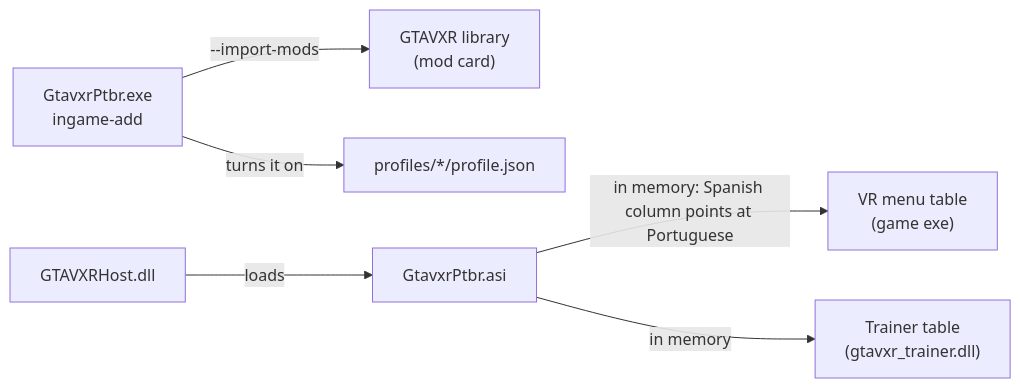
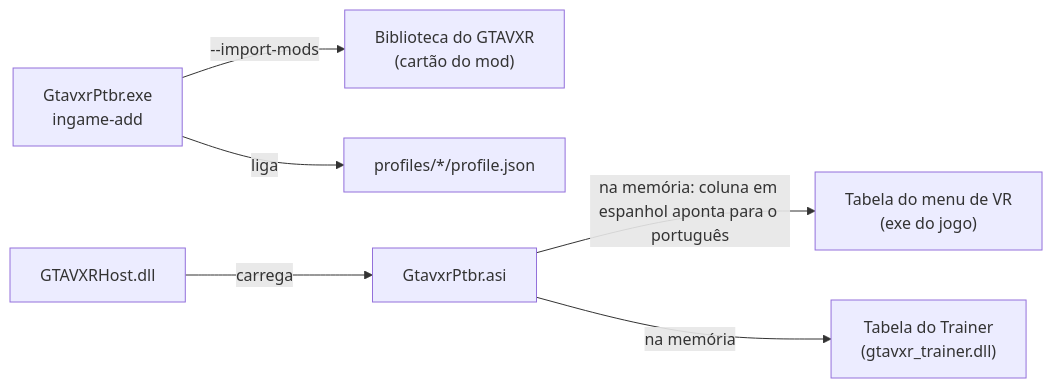
Before and after one commit to scarletmodder/gtavxr-ptbr: the second of 2 diagrams in docs/architecture.md, drawn with Mermaid. The commit also changed other lines of this file and 17 other files, not shown here.

````diff
--- a/docs/architecture.md
+++ b/docs/architecture.md
@@ -68,8 +68,8 @@
 ```mermaid
 flowchart LR
-    tool["GtavxrPtbr.exe<br/>ingame-add"] -->|--import-mods| lib["GTAVXR library<br/>(mod card)"]
-    tool -->|turns it on| prof["profiles/*/profile.json"]
-    host["GTAVXRHost.dll"] -->|loads| asi["GtavxrPtbr.asi"]
-    asi -->|in memory: Spanish column points at Portuguese| vr["VR menu table<br/>(game exe)"]
-    asi -->|in memory| trainer["Trainer table<br/>(gtavxr_trainer.dll)"]
+    tool["GtavxrPtbr.exe<br/>ingame-add"] -->|--import-mods| lib["Biblioteca do GTAVXR<br/>(cartão do mod)"]
+    tool -->|liga| prof["profiles/*/profile.json"]
+    host["GTAVXRHost.dll"] -->|carrega| asi["GtavxrPtbr.asi"]
+    asi -->|na memória: coluna em espanhol aponta para o português| vr["Tabela do menu de VR<br/>(exe do jogo)"]
+    asi -->|na memória| trainer["Tabela do Trainer<br/>(gtavxr_trainer.dll)"]
 ```
````
